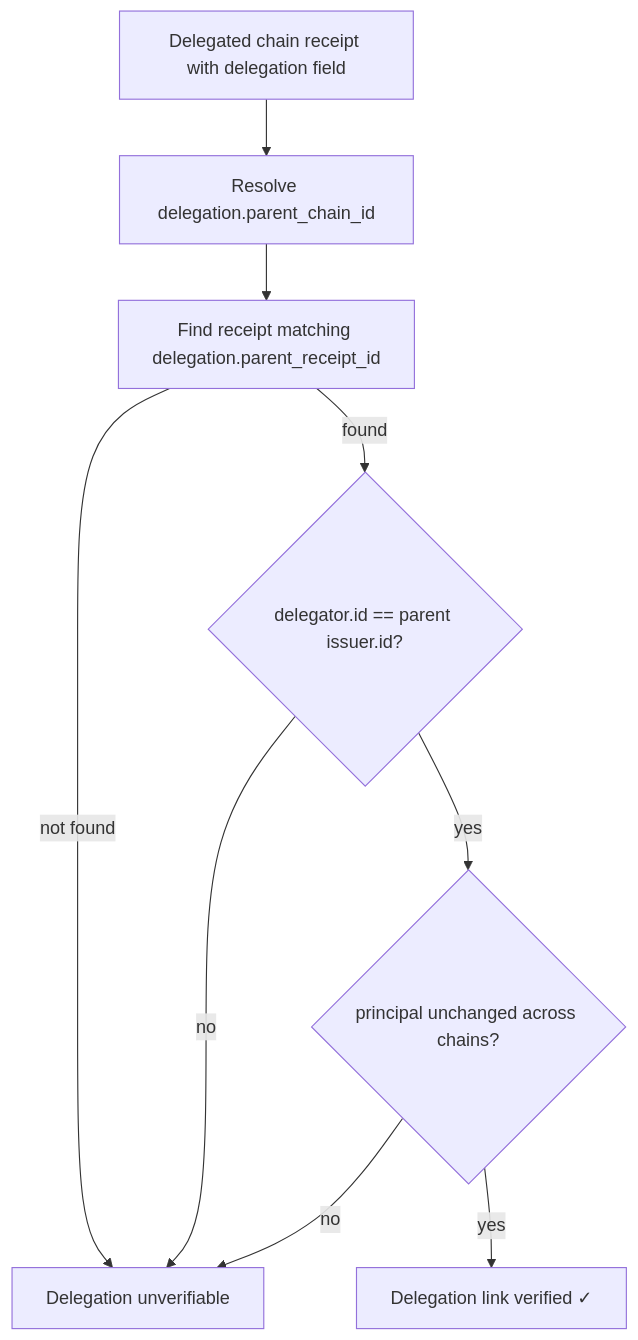
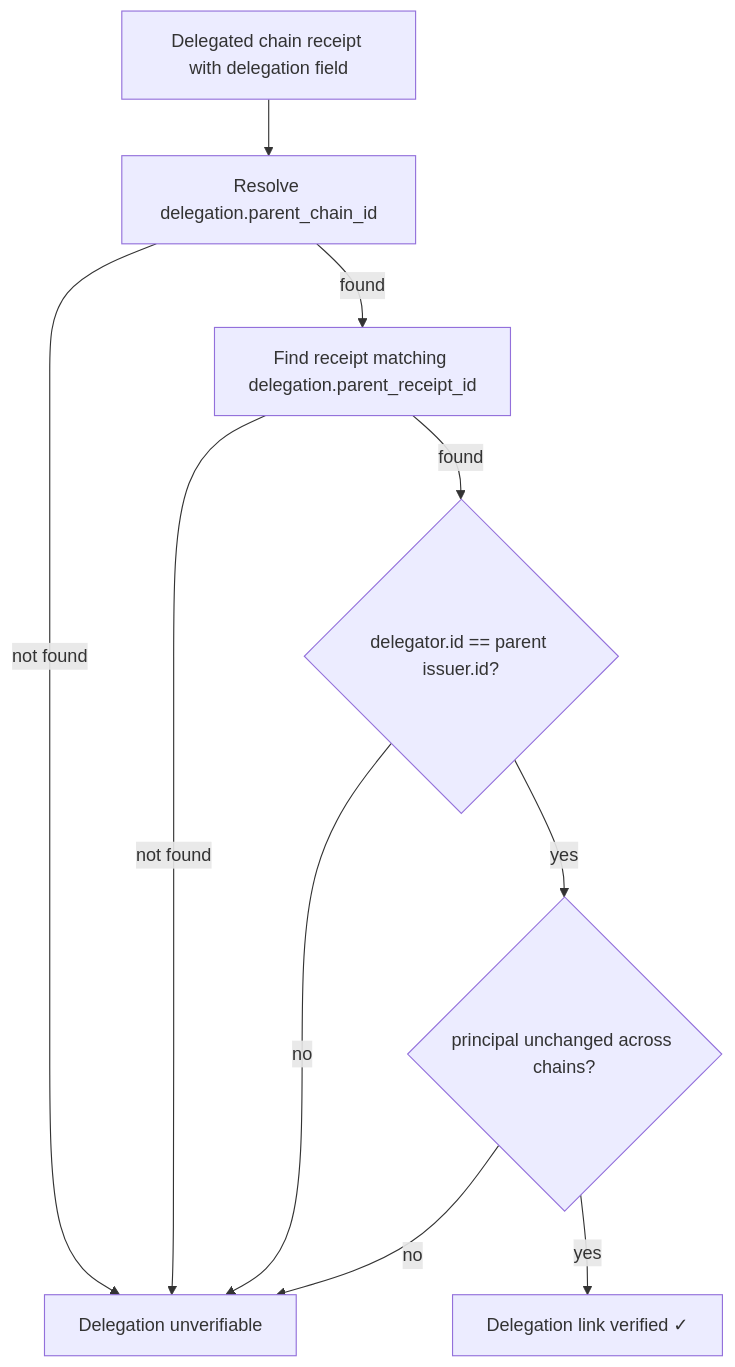
Before and after one commit to agent-receipts/ar: the diagram in site/src/content/docs/specification/receipt-chain-verification.mdx, drawn with Mermaid. The commit also changed 2 other files, not shown here.

Commit message:
docs(site): fix diagram issues per Copilot review on PR #400
receipt-chain-verification.mdx:
- Gap 3.2: delegation flowchart missing failure edge from resolve step;
  add 'not found' edge from B (resolve parent_chain_id) to unverifiable

mcp-proxy/overview.mdx:
- Gap 4.2: policy flowchart error path (block/denied/timeout) did not
  flow to 'Sign receipt and store'; proxy records a receipt for all
  outcomes; add edge from error node to receipt recording

mcp-proxy/approval-ui.mdx:
- Gap 5.1: path parameter was {id}, aligned with documented name
  {approval_id} used throughout the rest of the page

````diff
--- a/site/src/content/docs/specification/receipt-chain-verification.mdx
+++ b/site/src/content/docs/specification/receipt-chain-verification.mdx
@@ -98,11 +98,12 @@
 ```mermaid
 flowchart TD
   A[Delegated chain receipt with delegation field] --> B[Resolve delegation.parent_chain_id]
-  B --> C[Find receipt matching delegation.parent_receipt_id]
-  C -->|not found| F[Delegation unverifiable]
+  B -->|not found| F[Delegation unverifiable]
+  B -->|found| C[Find receipt matching delegation.parent_receipt_id]
+  C -->|not found| F
   C -->|found| D{delegator.id == parent issuer.id?}
   D -->|no| F
   D -->|yes| E{principal unchanged across chains?}
   E -->|no| F
   E -->|yes| G[Delegation link verified ✓]
 ```
````
